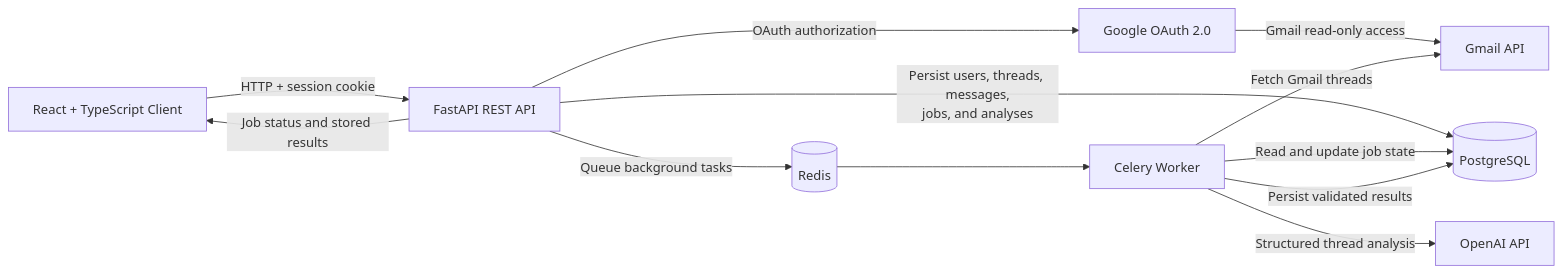
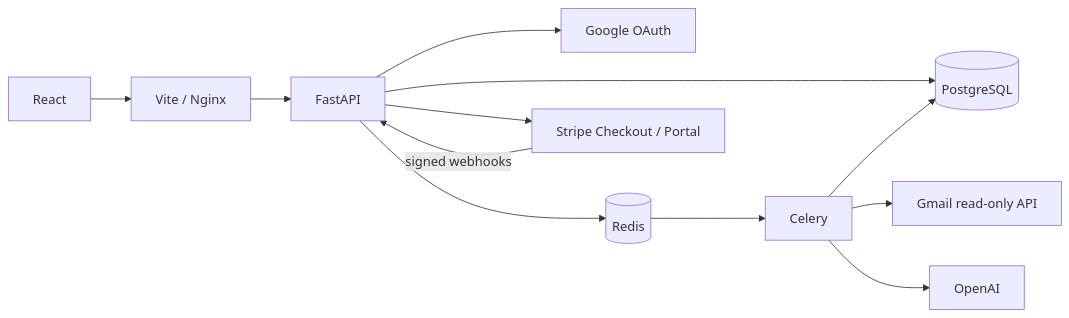
Before and after one commit to lucasbassem/Inbox2Done: the diagram in README.md, drawn with Mermaid. The commit also changed other lines of this file and 12 other files, not shown here.

````diff
--- a/README.md
+++ b/README.md
@@ -15,27 +171,14 @@
 ```mermaid
 flowchart LR
-    Browser["React + TypeScript Client"]
-    API["FastAPI REST API"]
-    OAuth["Google OAuth 2.0"]
-    Gmail["Gmail API"]
-    DB[("PostgreSQL")]
-    Redis[("Redis")]
-    Worker["Celery Worker"]
-    OpenAI["OpenAI API"]
-
-    Browser -->|"HTTP + session cookie"| API
-
-    API -->|"OAuth authorization"| OAuth
-    OAuth -->|"Gmail read-only access"| Gmail
-
-    API -->|"Persist users, threads, messages,\njobs, and analyses"| DB
-    API -->|"Queue background tasks"| Redis
-
-    Redis --> Worker
-    Worker -->|"Fetch Gmail threads"| Gmail
-    Worker -->|"Read and update job state"| DB
-    Worker -->|"Structured thread analysis"| OpenAI
-    Worker -->|"Persist validated results"| DB
-
-    API -->|"Job status and stored results"| Browser
+  Browser[React] --> Web[Vite / Nginx]
+  Web --> API[FastAPI]
+  API --> Google[Google OAuth]
+  API --> DB[(PostgreSQL)]
+  API --> Redis[(Redis)]
+  Redis --> Worker[Celery]
+  Worker --> Gmail[Gmail read-only API]
+  Worker --> AI[OpenAI]
+  Worker --> DB
+  API --> Stripe[Stripe Checkout / Portal]
+  Stripe -->|signed webhooks| API
 ```
````
